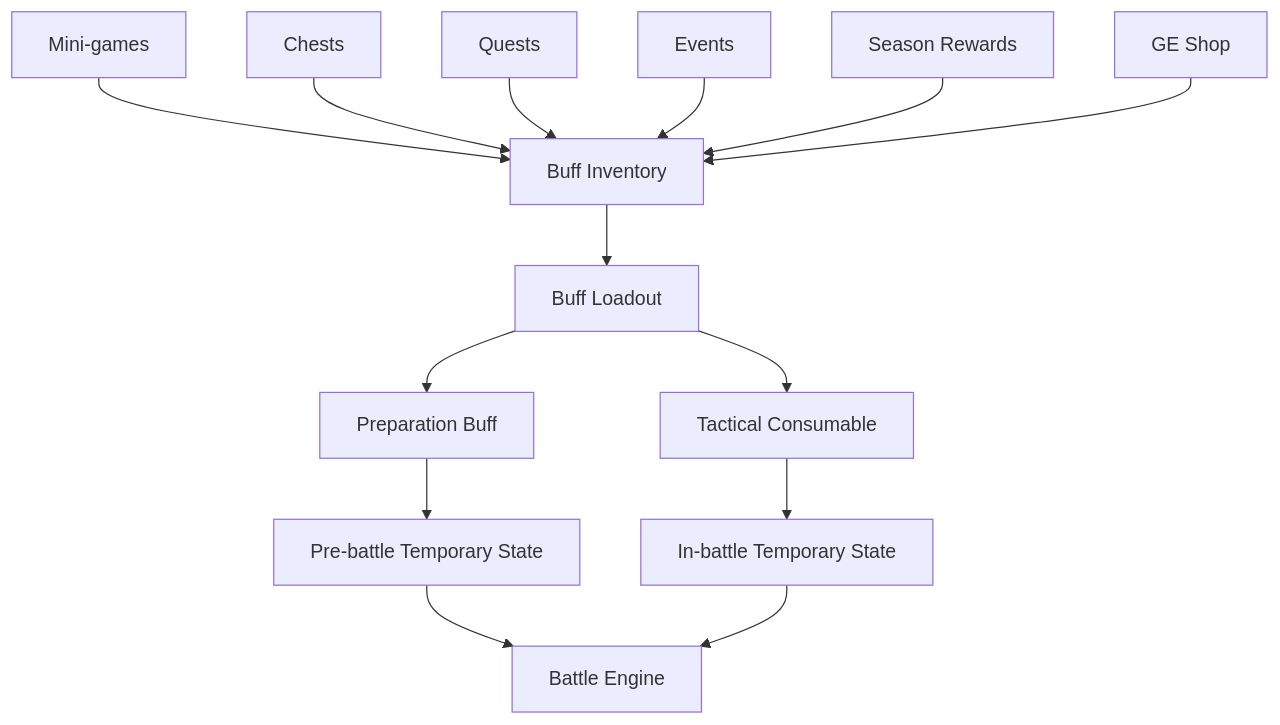
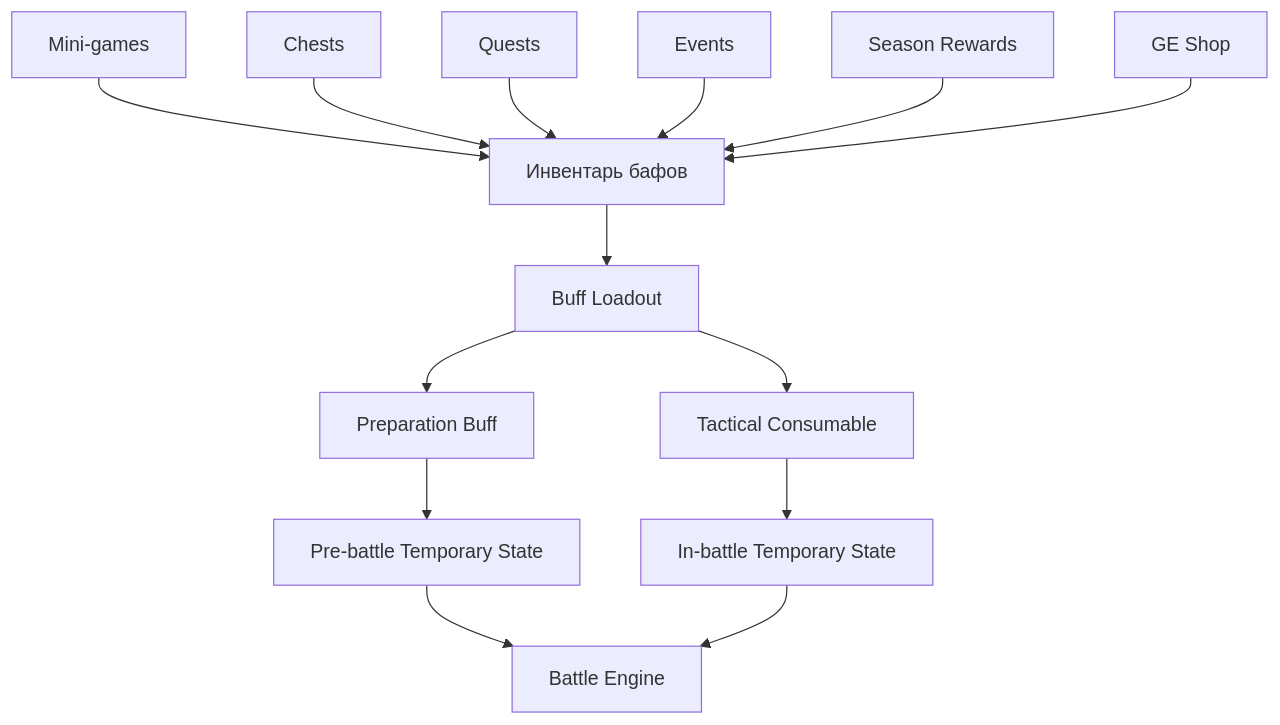
One commit to gselfman/QuRa-Game-Design changed the seventh of 10 diagrams in GAME_DEPENDENCY_GRAPH.md. Above: the diagram before and after it, drawn with Mermaid. The commit also changed other lines of this file, not shown here.

Commit message:
docs(P7): finish translation of Arena, screens and dependencies; fix unlock graph

````diff
--- a/GAME_DEPENDENCY_GRAPH.md
+++ b/GAME_DEPENDENCY_GRAPH.md
@@ -814,19 +814,19 @@
 ```mermaid
 flowchart TD
-    A[Mini-games] --> B[Buff Inventory]
+    A[Mini-games] --> B[Инвентарь бафов]
     C[Chests] --> B
     D[Quests] --> B
     E[Events] --> B
     F[Season Rewards] --> B
     G[GE Shop] --> B
 
     B --> H[Buff Loadout]
     H --> I[Preparation Buff]
     H --> J[Tactical Consumable]
 
     I --> K[Pre-battle Temporary State]
     J --> L[In-battle Temporary State]
 
     K --> M[Battle Engine]
     L --> M
 ```
````
